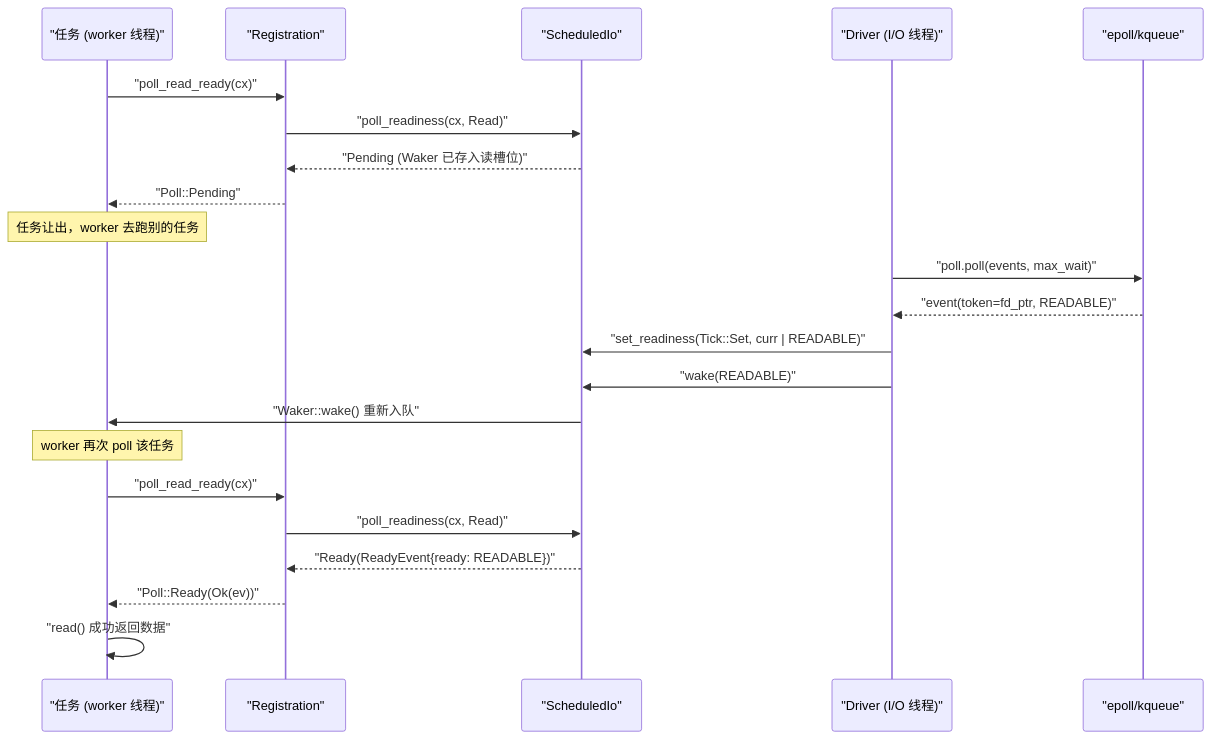
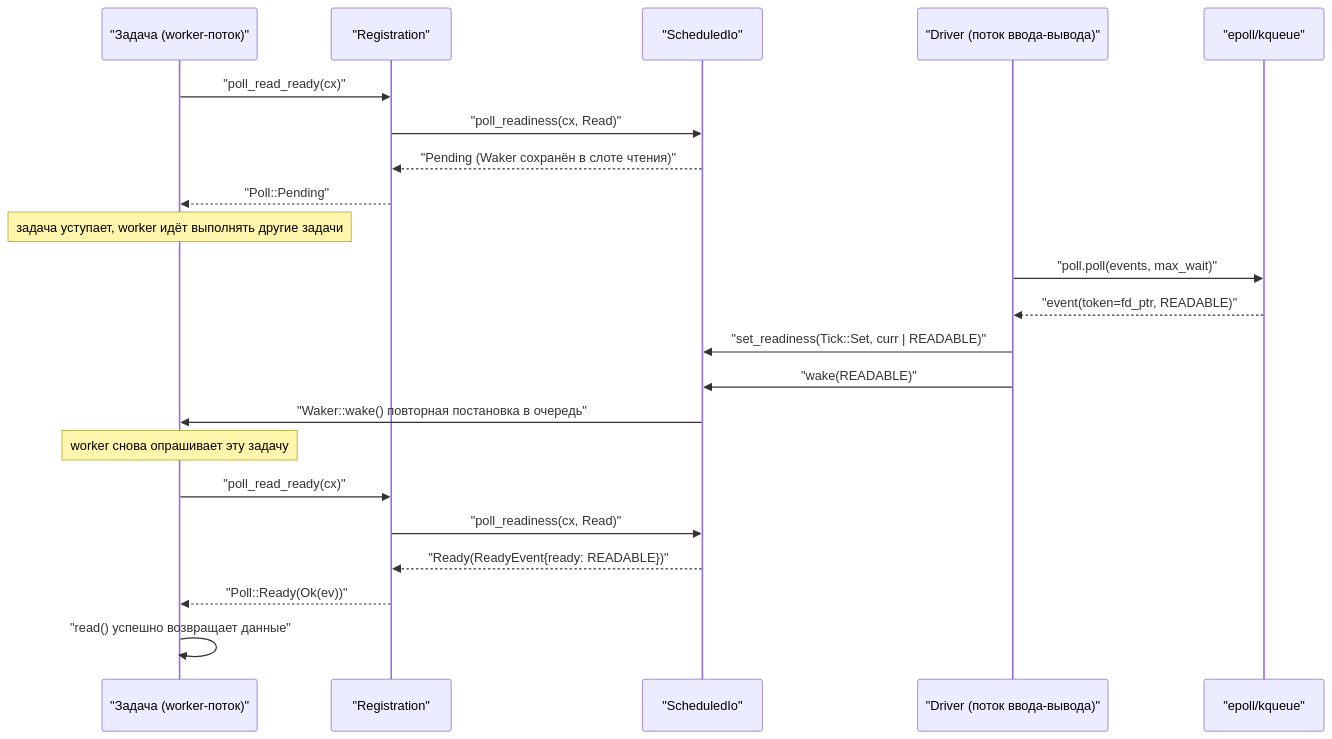
One commit to maleRjc/AiReadCodeBooks changed the second of 2 diagrams in books/tokio/ru/05-io-driver-reactor-epoll.md. Above: the diagram before and after it, drawn with Mermaid. The commit also changed other lines of this file and 74 other files, not shown here.

````diff
--- a/books/tokio/ru/05-io-driver-reactor-epoll.md
+++ b/books/tokio/ru/05-io-driver-reactor-epoll.md
@@ -172,25 +172,25 @@
 ```mermaid
 sequenceDiagram
-    participant Task as "任务 (worker 线程)"
+    participant Task as "Задача (worker-поток)"
     participant Reg as "Registration"
     participant SIO as "ScheduledIo"
-    participant Drv as "Driver (I/O 线程)"
+    participant Drv as "Driver (поток ввода-вывода)"
     participant OS as "epoll/kqueue"
 
     Task->>Reg: "poll_read_ready(cx)"
     Reg->>SIO: "poll_readiness(cx, Read)"
-    SIO-->>Reg: "Pending (Waker 已存入读槽位)"
+    SIO-->>Reg: "Pending (Waker сохранён в слоте чтения)"
     Reg-->>Task: "Poll::Pending"
-    Note over Task: 任务让出，worker 去跑别的任务
+    Note over Task: задача уступает, worker идёт выполнять другие задачи
     Drv->>OS: "poll.poll(events, max_wait)"
     OS-->>Drv: "event(token=fd_ptr, READABLE)"
     Drv->>SIO: "set_readiness(Tick::Set, curr | READABLE)"
     Drv->>SIO: "wake(READABLE)"
-    SIO->>Task: "Waker::wake() 重新入队"
-    Note over Task: worker 再次 poll 该任务
+    SIO->>Task: "Waker::wake() повторная постановка в очередь"
+    Note over Task: worker снова опрашивает эту задачу
     Task->>Reg: "poll_read_ready(cx)"
     Reg->>SIO: "poll_readiness(cx, Read)"
     SIO-->>Reg: "Ready(ReadyEvent{ready: READABLE})"
     Reg-->>Task: "Poll::Ready(Ok(ev))"
-    Task->>Task: "read() 成功返回数据"
+    Task->>Task: "read() успешно возвращает данные"
 ```
````
